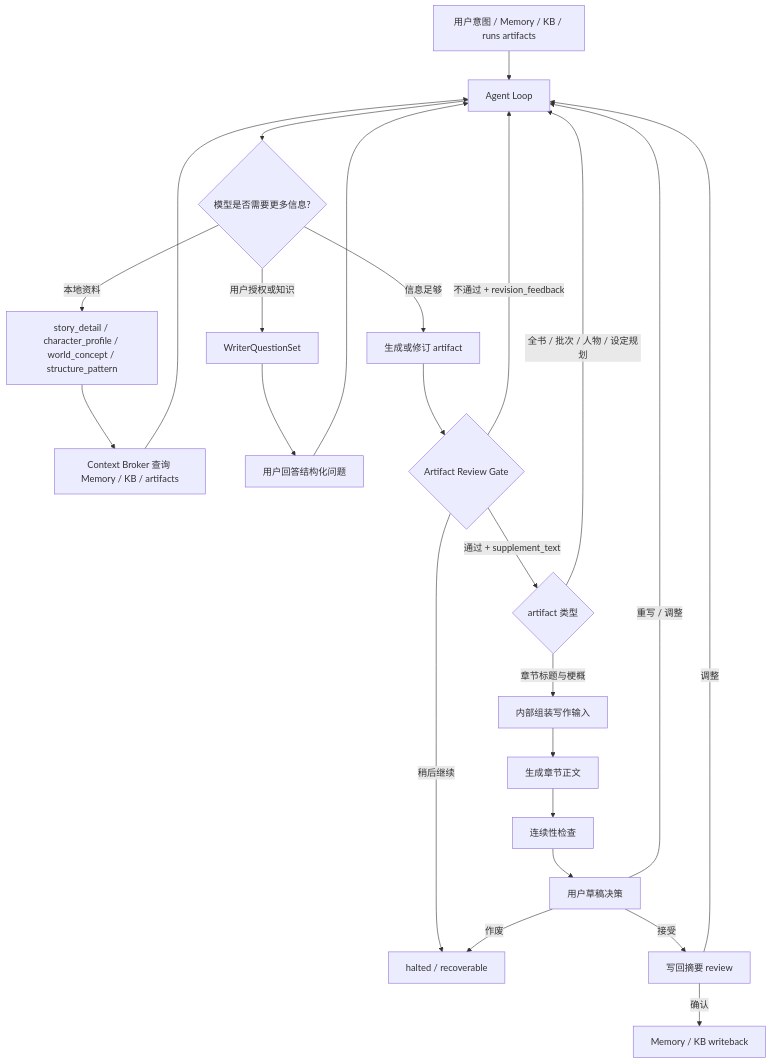
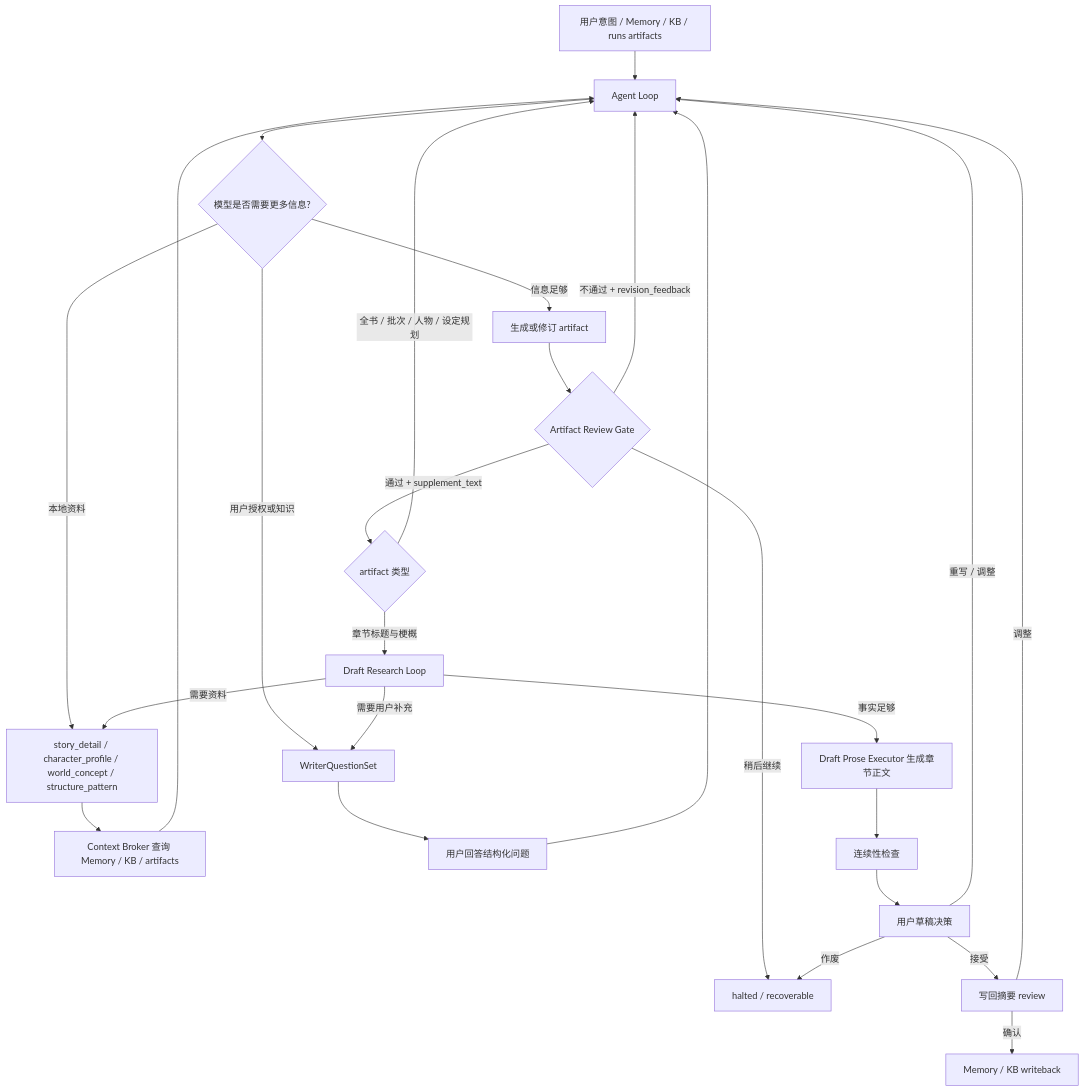
Before and after one commit to xxs-wallace/novel-agent: the diagram in .trae/specs/writer-agent-layered-generation/design.md, drawn with Mermaid. The commit also changed other lines of this file and 97 other files, not shown here.

````diff
--- a/.trae/specs/writer-agent-layered-generation/design.md
+++ b/.trae/specs/writer-agent-layered-generation/design.md
@@ -53,26 +55,28 @@
 ```mermaid
 flowchart TD
     A["用户意图 / Memory / KB / runs artifacts"] --> B["Agent Loop"]
     B --> C{"模型是否需要更多信息?"}
     C -->|本地资料| D["story_detail / character_profile / world_concept / structure_pattern"]
     D --> E["Context Broker 查询 Memory / KB / artifacts"]
     E --> B
     C -->|用户授权或知识| F["WriterQuestionSet"]
     F --> G["用户回答结构化问题"]
     G --> B
     C -->|信息足够| H["生成或修订 artifact"]
     H --> I{"Artifact Review Gate"}
     I -->|通过 + supplement_text| J{"artifact 类型"}
     I -->|不通过 + revision_feedback| B
     I -->|稍后继续| K["halted / recoverable"]
     J -->|全书 / 批次 / 人物 / 设定规划| B
-    J -->|章节标题与梗概| L["内部组装写作输入"]
-    L --> M["生成章节正文"]
+    J -->|章节标题与梗概| L["Draft Research Loop"]
+    L -->|需要资料| D
+    L -->|需要用户补充| F
+    L -->|事实足够| M["Draft Prose Executor 生成章节正文"]
     M --> N["连续性检查"]
     N --> O["用户草稿决策"]
     O -->|接受| P["写回摘要 review"]
     O -->|重写 / 调整| B
     O -->|作废| K
     P -->|确认| Q["Memory / KB writeback"]
     P -->|调整| B
 ```
````
